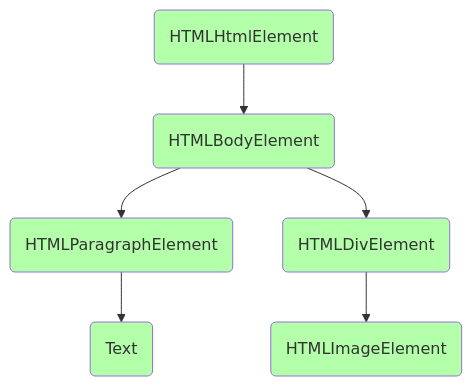
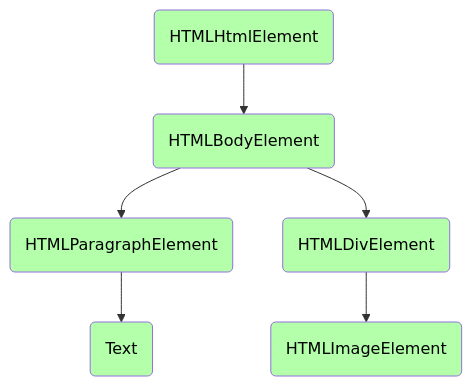
One commit to pesto-students/p3-priyanka-aravinthraaj changed the fourth of 6 diagrams in Week-1/Browser.md. Above: the diagram before and after it, drawn with Mermaid. The commit also changed other lines of this file, not shown here.

````diff
--- a/Week-1/Browser.md
+++ b/Week-1/Browser.md
@@ -103,16 +103,16 @@
 ```mermaid
   flowchart TB;
       1(HTMLHtmlElement);
       2(HTMLBodyElement);
       3(HTMLParagraphElement);
       4(HTMLDivElement);
       5(Text);
       6(HTMLImageElement);
 
       1-->2-->3;
       2-->4-->6;
       3-->5;
 
-      classDef customStyle fill:#B3FFAA;
+      classDef customStyle fill:#B3FFAA,color:#000;
       class 1,2,3,4,5,6 customStyle;
 ```
````
